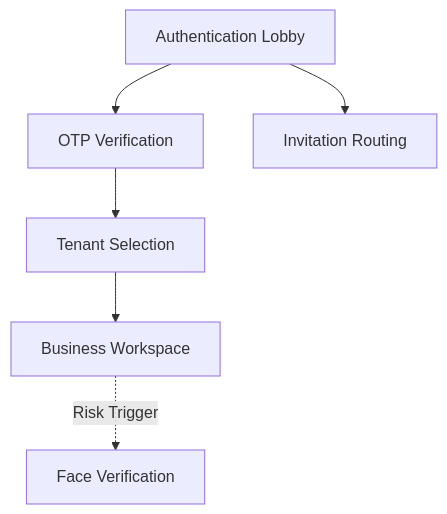
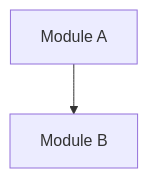
The diagram in 01_Master_Documents/Module_Map.md (husinglemon-art/TMS_Shipper), drawn with Mermaid before and after one commit. The commit also changed other lines of this file and 15 other files, not shown here.

````diff
--- a/01_Master_Documents/Module_Map.md
+++ b/01_Master_Documents/Module_Map.md
@@ -33,8 +28,4 @@
 ```mermaid
 graph TD
-    A[Authentication Lobby] --> B[OTP Verification]
-    A --> C[Invitation Routing]
-    B --> D[Tenant Selection]
-    D --> E[Business Workspace]
-    E -. Risk Trigger .-> F[Face Verification]
+    A[Module A] --> B[Module B]
 ```
````
